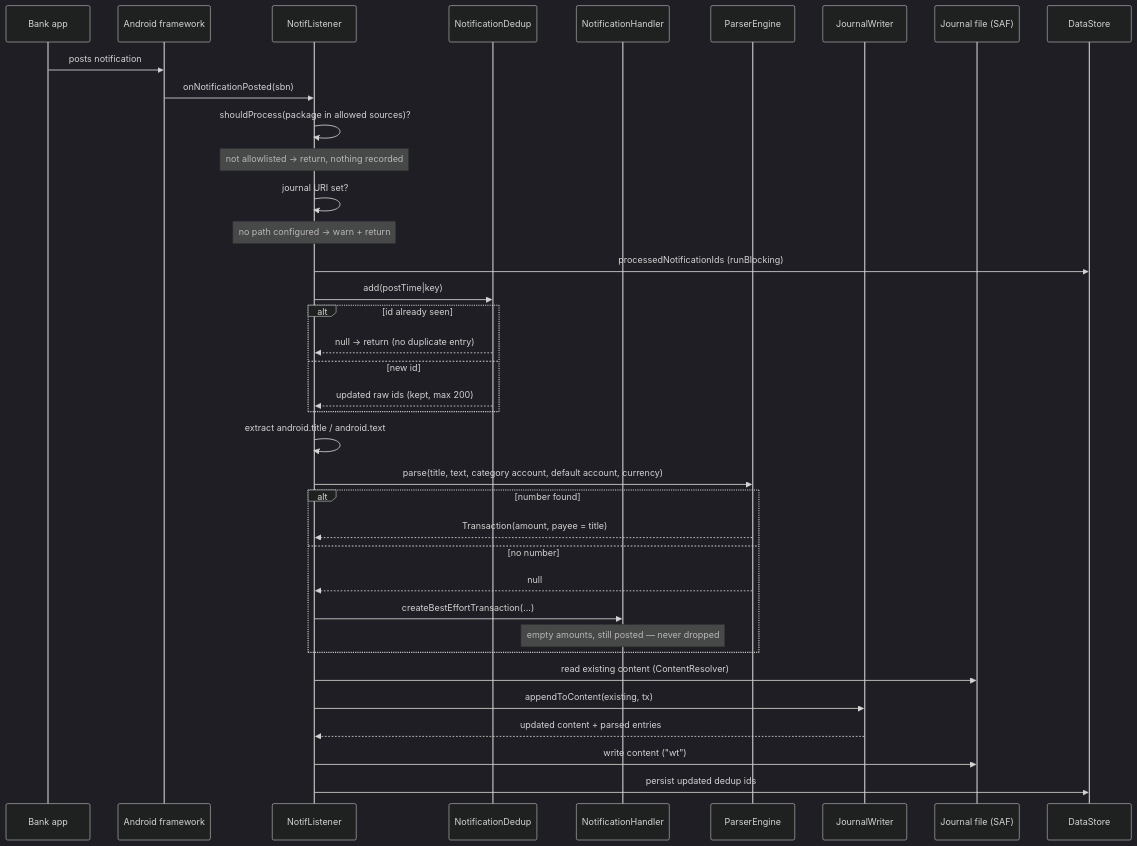
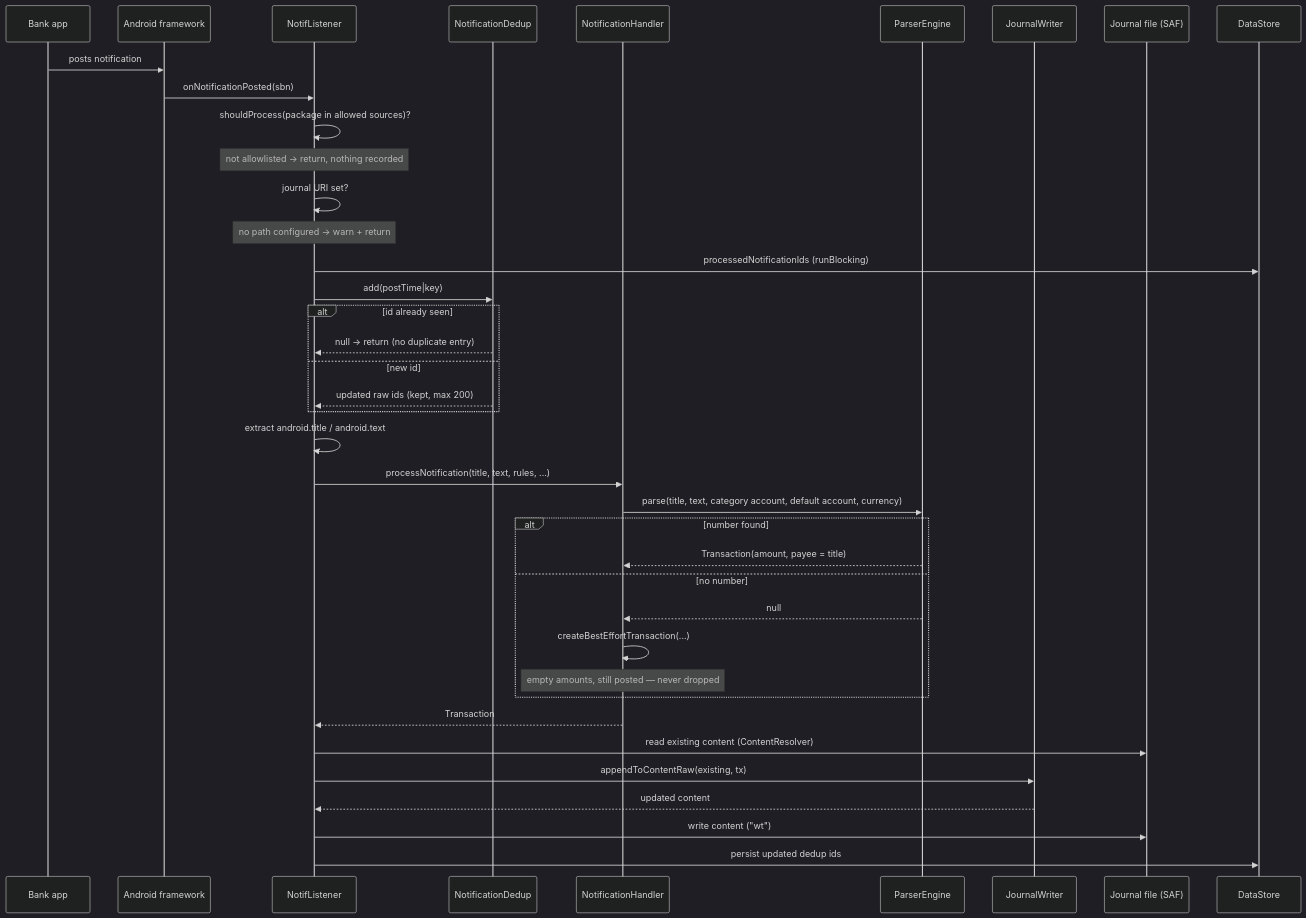
Before and after one commit to ukizet/NotifLedger: the second of 8 diagrams in docs/architecture.md, drawn with Mermaid (dark theme). The commit also changed other lines of this file, not shown here.

Commit message:
correct notification flow edges in architecture diagrams

````diff
--- a/docs/architecture.md
+++ b/docs/architecture.md
@@ -56,45 +56,47 @@
 ```mermaid
 sequenceDiagram
     participant Bank as Bank app
     participant System as Android framework
     participant L as NotifListener
     participant D as NotificationDedup
     participant H as NotificationHandler
     participant P as ParserEngine
     participant J as JournalWriter
     participant SAF as Journal file (SAF)
     participant DS as DataStore
 
     Bank->>System: posts notification
     System->>L: onNotificationPosted(sbn)
 
     L->>L: shouldProcess(package in allowed sources)?
     Note over L: not allowlisted → return, nothing recorded
 
     L->>L: journal URI set?
     Note over L: no path configured → warn + return
 
     L->>DS: processedNotificationIds (runBlocking)
     L->>D: add(postTime|key)
     alt id already seen
         D-->>L: null → return (no duplicate entry)
     else new id
         D-->>L: updated raw ids (kept, max 200)
     end
 
     L->>L: extract android.title / android.text
-    L->>P: parse(title, text, category account, default account, currency)
+    L->>H: processNotification(title, text, rules, ...)
+    H->>P: parse(title, text, category account, default account, currency)
     alt number found
-        P-->>L: Transaction(amount, payee = title)
+        P-->>H: Transaction(amount, payee = title)
     else no number
-        P-->>L: null
-        L->>H: createBestEffortTransaction(...)
+        P-->>H: null
+        H->>H: createBestEffortTransaction(...)
         Note over H: empty amounts, still posted — never dropped
     end
+    H-->>L: Transaction
 
     L->>SAF: read existing content (ContentResolver)
-    L->>J: appendToContent(existing, tx)
-    J-->>L: updated content + parsed entries
+    L->>J: appendToContentRaw(existing, tx)
+    J-->>L: updated content
     L->>SAF: write content ("wt")
     L->>DS: persist updated dedup ids
 ```
````
